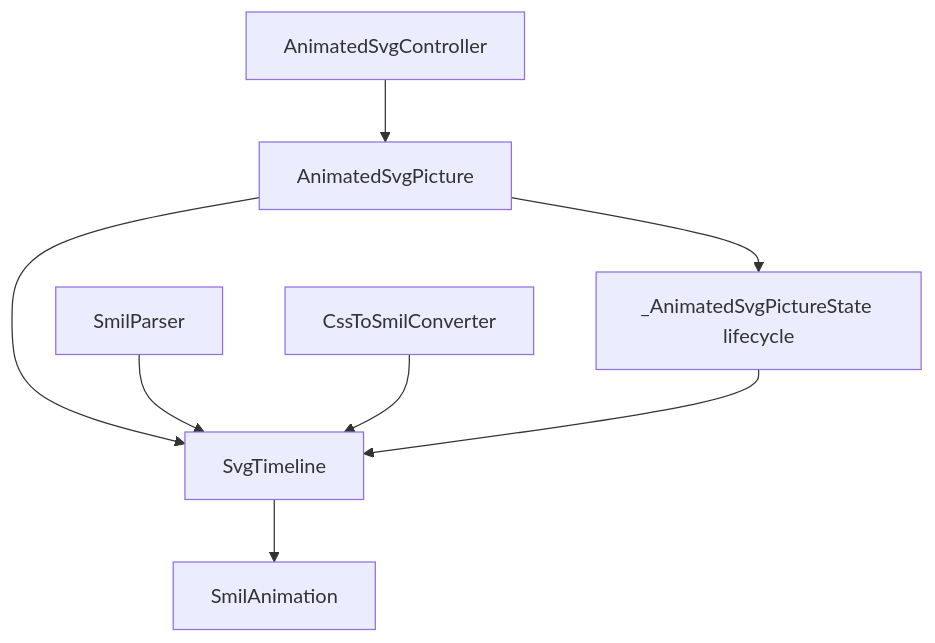
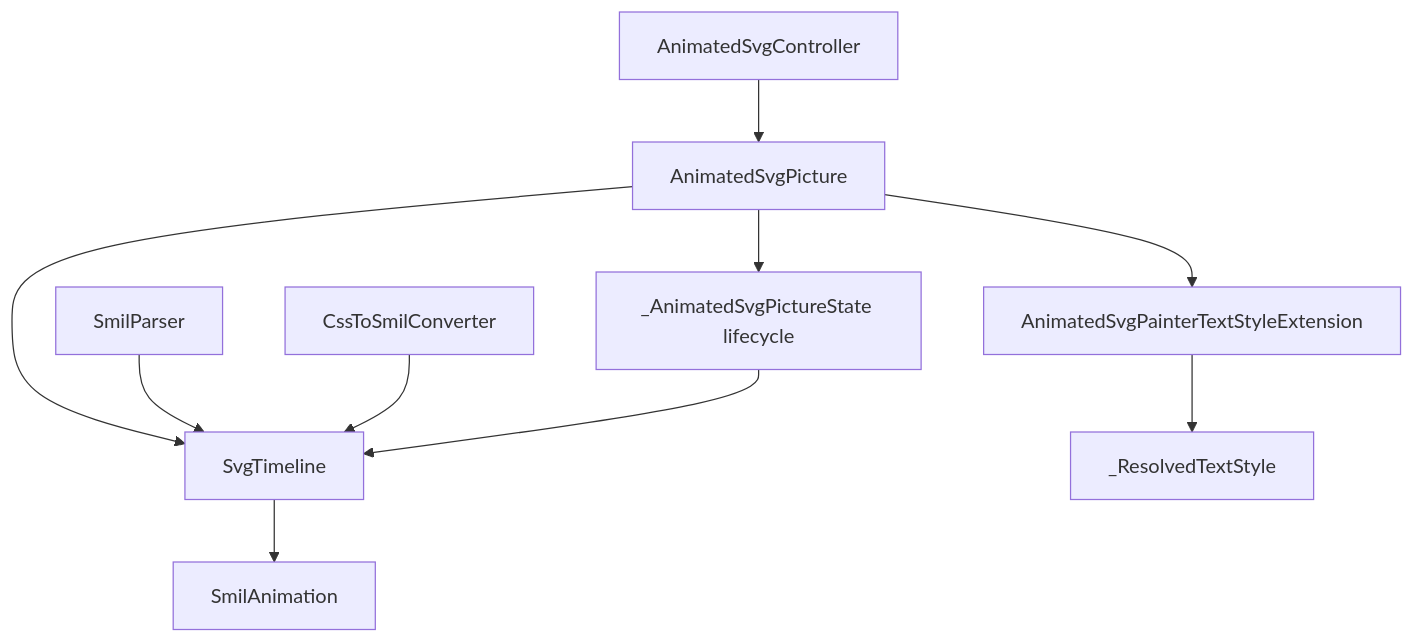
Before and after one commit to denisnadey/flutter_full_svg_support: the first of 4 diagrams in .qoder/repowiki/en/content/API Reference/Animation APIs.md, drawn with Mermaid. The commit also changed other lines of this file and 5 other files, not shown here.

````diff
--- a/.qoder/repowiki/en/content/API Reference/Animation APIs.md
+++ b/.qoder/repowiki/en/content/API Reference/Animation APIs.md
@@ -43,10 +55,12 @@
 ```mermaid
 graph TB
 Controller["AnimatedSvgController"] --> Picture["AnimatedSvgPicture"]
 Picture --> Timeline["SvgTimeline"]
 Timeline --> Anim["SmilAnimation"]
 Parser["SmilParser"] --> Timeline
 Converter["CssToSmilConverter"] --> Timeline
+Picture --> TextStyleExt["AnimatedSvgPainterTextStyleExtension"]
+TextStyleExt --> ResolvedStyle["_ResolvedTextStyle"]
 Picture --> Lifecycle["_AnimatedSvgPictureState lifecycle"]
 Lifecycle --> Timeline
 ```
````
